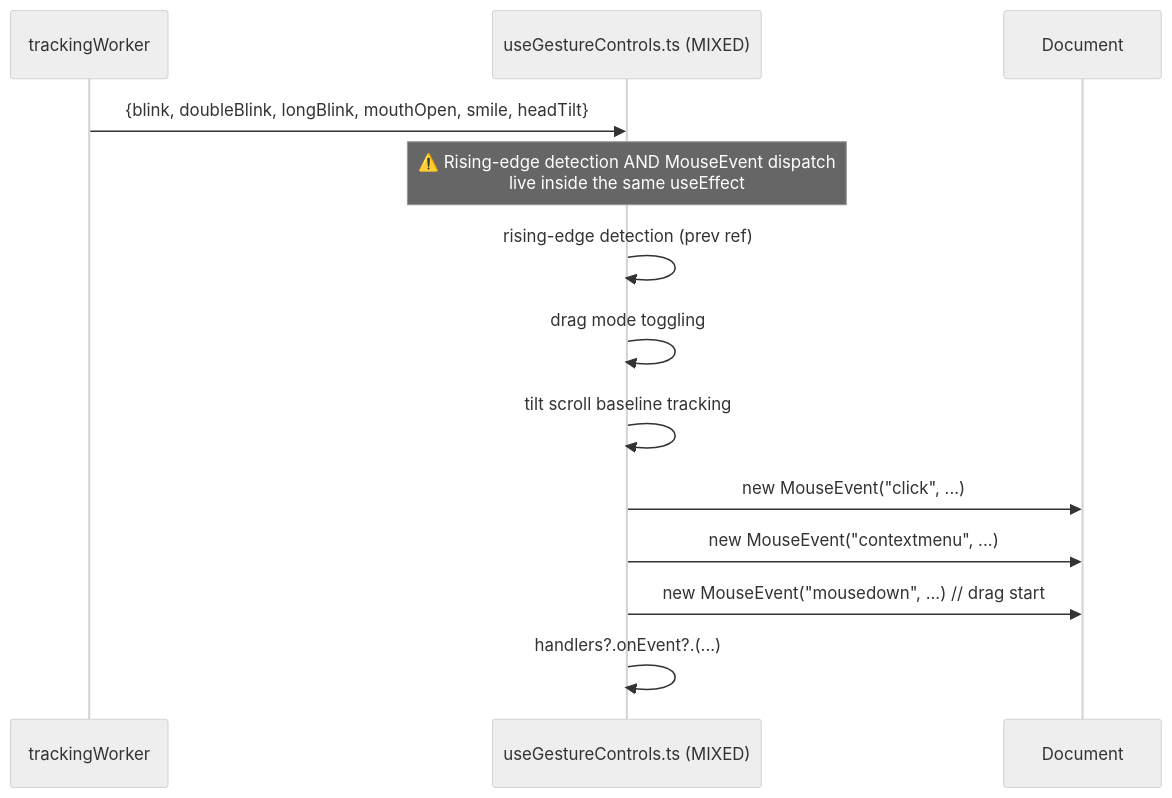
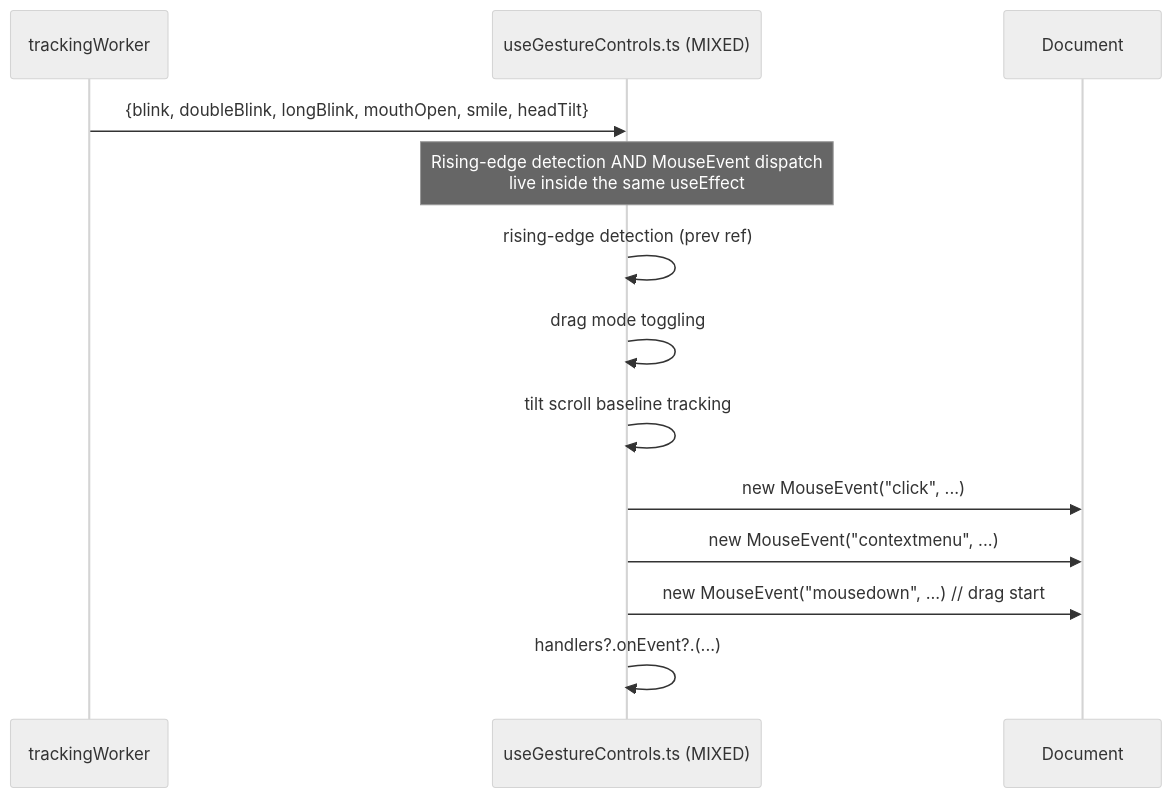
Before and after one commit to aadibhat09/NodCursor: the first of 2 diagrams in .github/ISSUE_TEMPLATE/srp-3-extract-gesturecontrols.md, drawn with Mermaid (neutral theme). The commit also changed other lines of this file and 17 other files, not shown here.

````diff
--- a/.github/ISSUE_TEMPLATE/srp-3-extract-gesturecontrols.md
+++ b/.github/ISSUE_TEMPLATE/srp-3-extract-gesturecontrols.md
@@ -17,16 +17,16 @@
 ```mermaid
 sequenceDiagram
   participant W as trackingWorker
   participant GC as useGestureControls.ts (MIXED)
   participant DOM as Document
 
   W->>GC: {blink, doubleBlink, longBlink, mouthOpen, smile, headTilt}
-  Note over GC: ⚠️ Rising-edge detection AND MouseEvent dispatch<br/>live inside the same useEffect
+  Note over GC:  Rising-edge detection AND MouseEvent dispatch<br/>live inside the same useEffect
   GC->>GC: rising-edge detection (prev ref)
   GC->>GC: drag mode toggling
   GC->>GC: tilt scroll baseline tracking
   GC->>DOM: new MouseEvent("click", ...)
   GC->>DOM: new MouseEvent("contextmenu", ...)
   GC->>DOM: new MouseEvent("mousedown", ...) // drag start
   GC->>GC: handlers?.onEvent?.(...)
 ```
````
